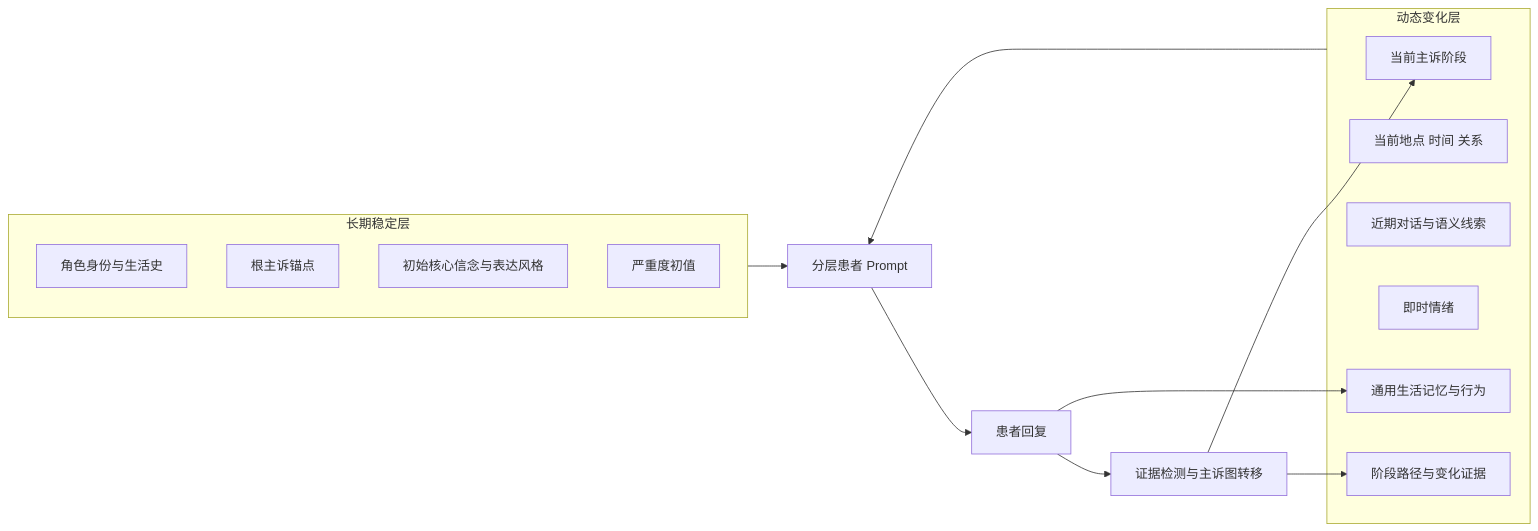
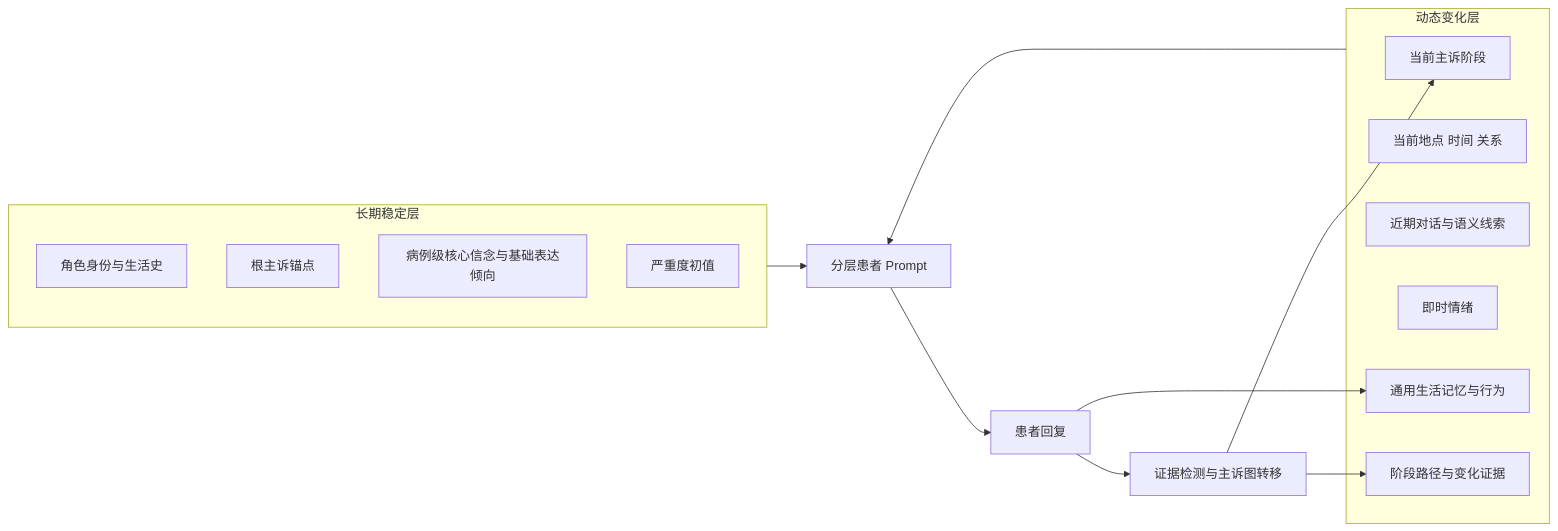
The first of 4 diagrams in docs/town_method/02_depression_persona.md (MUSE-Lab-SZU/generative_agents), drawn with Mermaid before and after one commit. The commit also changed other lines of this file and 77 other files, not shown here.

````diff
--- a/docs/town_method/02_depression_persona.md
+++ b/docs/town_method/02_depression_persona.md
@@ -31,24 +32,24 @@
 ```mermaid
 flowchart LR
     subgraph STABLE[长期稳定层]
         A[角色身份与生活史]
         B[根主诉锚点]
-        C[初始核心信念与表达风格]
+        C[病例级核心信念与基础表达倾向]
         D[严重度初值]
     end
     subgraph DYNAMIC[动态变化层]
         E[当前主诉阶段]
         F[当前地点 时间 关系]
         G[近期对话与语义线索]
         H[即时情绪]
         I[通用生活记忆与行为]
         J[阶段路径与变化证据]
     end
     STABLE --> K[分层患者 Prompt]
     DYNAMIC --> K
     K --> L[患者回复]
     L --> M[证据检测与主诉图转移]
     M --> E
     M --> J
     L --> I
 ```
````
